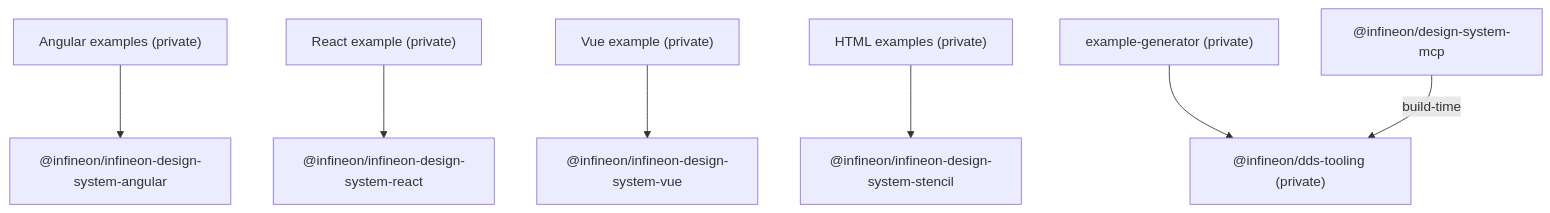
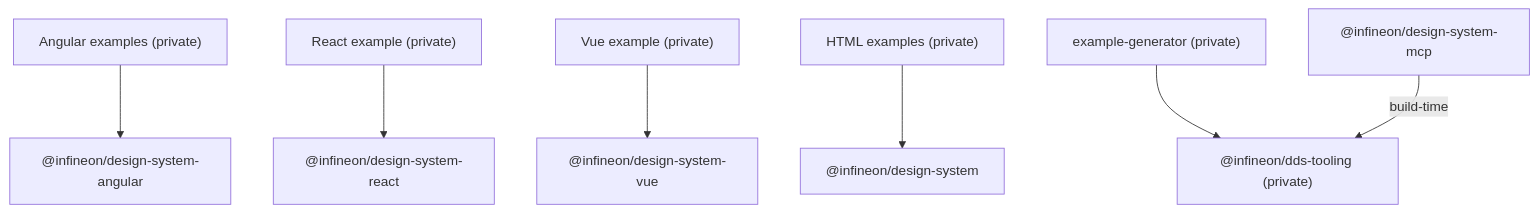
Before and after one commit to Infineon/infineon-design-system-stencil: the third of 5 diagrams in docs/ARCHITECTURE.md, drawn with Mermaid. The commit also changed other lines of this file and 197 other files, not shown here.

First line of the commit message:
refactor: update package names and imports for design system

````diff
--- a/docs/ARCHITECTURE.md
+++ b/docs/ARCHITECTURE.md
@@ -55,9 +55,9 @@
 ```mermaid
 flowchart TD
-  angularExamples["Angular examples (private)"] --> angular["@infineon/infineon-design-system-angular"]
-  reactExample["React example (private)"] --> react["@infineon/infineon-design-system-react"]
-  vueExample["Vue example (private)"] --> vue["@infineon/infineon-design-system-vue"]
-  htmlExamples["HTML examples (private)"] --> stencil["@infineon/infineon-design-system-stencil"]
+  angularExamples["Angular examples (private)"] --> angular["@infineon/design-system-angular"]
+  reactExample["React example (private)"] --> react["@infineon/design-system-react"]
+  vueExample["Vue example (private)"] --> vue["@infineon/design-system-vue"]
+  htmlExamples["HTML examples (private)"] --> stencil["@infineon/design-system"]
   exampleGenerator["example-generator (private)"] --> tooling["@infineon/dds-tooling (private)"]
   mcp["@infineon/design-system-mcp"] -->|build-time| tooling
 ```
````
